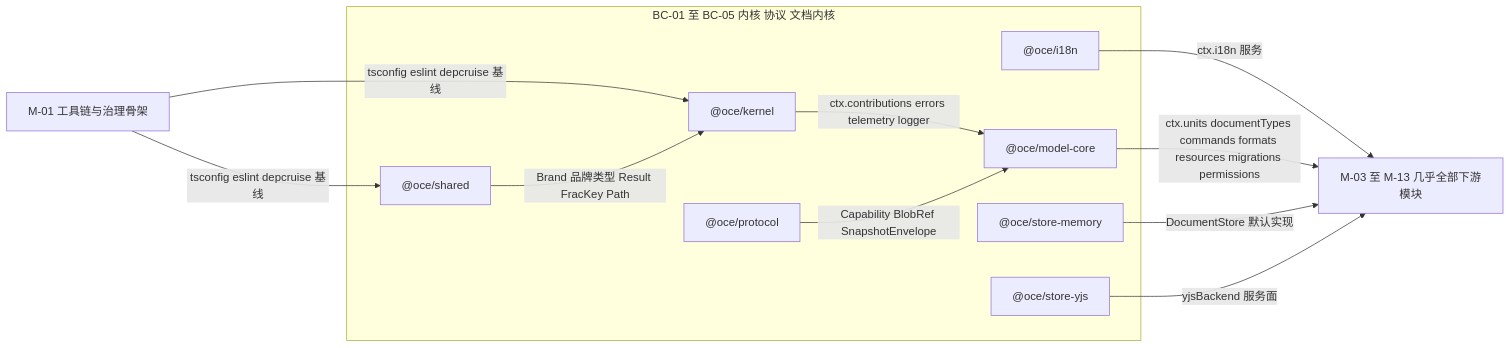
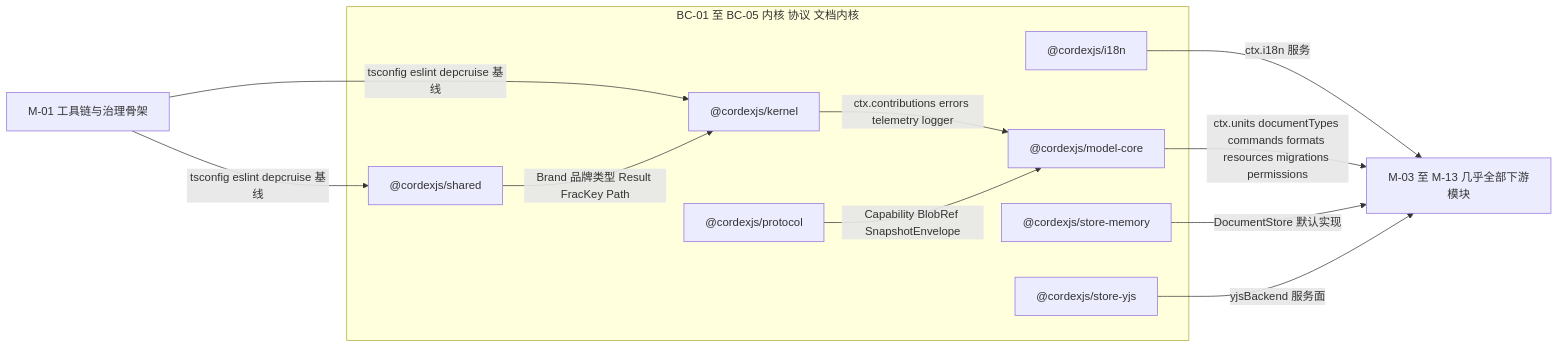
The first of 7 diagrams in docs/40-modules/02-kernel-protocol-and-document-core.md (Xeonice/cordis-ppt-editor), drawn with Mermaid before and after one commit. The commit also changed other lines of this file and 23 other files, not shown here.

````diff
--- a/docs/40-modules/02-kernel-protocol-and-document-core.md
+++ b/docs/40-modules/02-kernel-protocol-and-document-core.md
@@ -25,23 +25,23 @@
 ```mermaid
 flowchart LR
   m01["M-01 工具链与治理骨架"]
   subgraph bc0105["BC-01 至 BC-05 内核 协议 文档内核"]
-    pkgShared["@oce/shared"]
-    pkgKernel["@oce/kernel"]
-    pkgProtocol["@oce/protocol"]
-    pkgI18n["@oce/i18n"]
-    pkgModelCore["@oce/model-core"]
-    pkgStoreMemory["@oce/store-memory"]
-    pkgStoreYjs["@oce/store-yjs"]
+    pkgShared["@cordexjs/shared"]
+    pkgKernel["@cordexjs/kernel"]
+    pkgProtocol["@cordexjs/protocol"]
+    pkgI18n["@cordexjs/i18n"]
+    pkgModelCore["@cordexjs/model-core"]
+    pkgStoreMemory["@cordexjs/store-memory"]
+    pkgStoreYjs["@cordexjs/store-yjs"]
   end
   downstream["M-03 至 M-13 几乎全部下游模块"]
   m01 -- "tsconfig eslint depcruise 基线" --> pkgShared
   m01 -- "tsconfig eslint depcruise 基线" --> pkgKernel
   pkgShared -- "Brand 品牌类型 Result FracKey Path" --> pkgKernel
   pkgKernel -- "ctx.contributions errors telemetry logger" --> pkgModelCore
   pkgProtocol -- "Capability BlobRef SnapshotEnvelope" --> pkgModelCore
   pkgI18n -- "ctx.i18n 服务" --> downstream
   pkgModelCore -- "ctx.units documentTypes commands formats resources migrations permissions" --> downstream
   pkgStoreMemory -- "DocumentStore 默认实现" --> downstream
   pkgStoreYjs -- "yjsBackend 服务面" --> downstream
 ```
````
